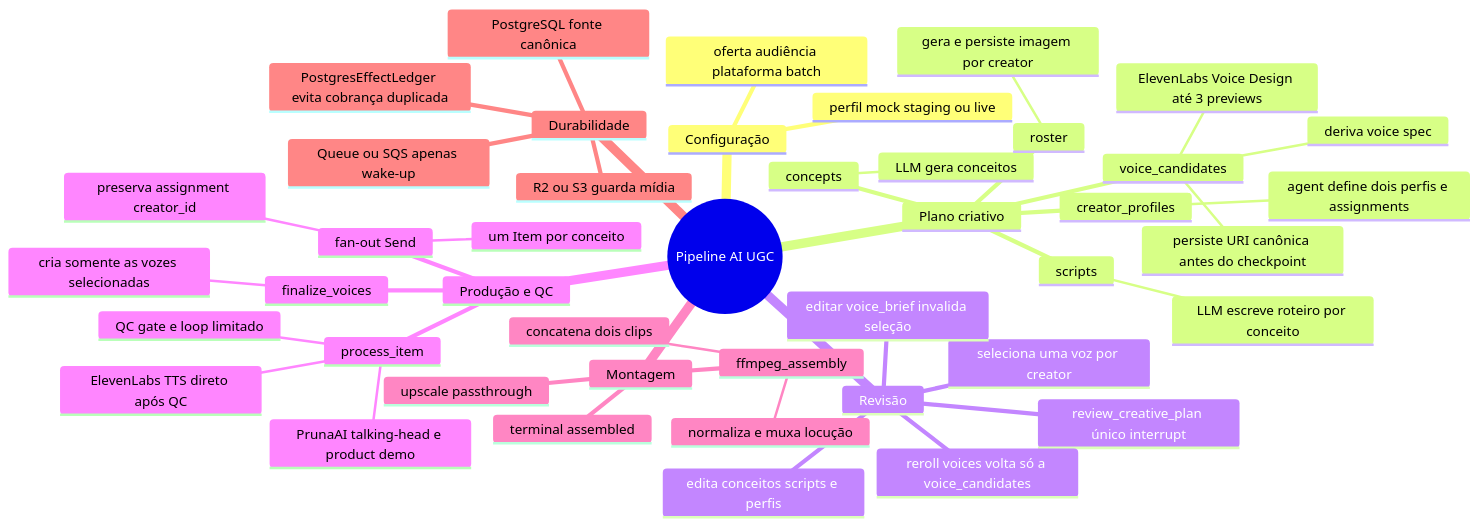
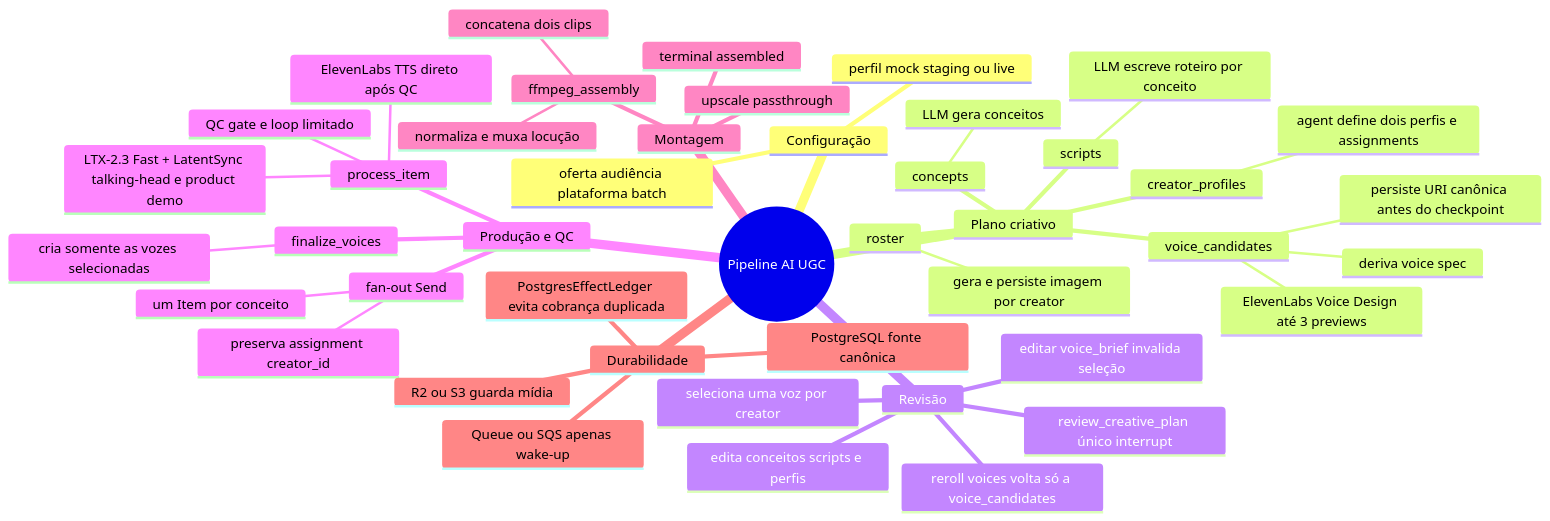
The first of 3 diagrams in docs/FLOW_MINDMAP.md (Lazaroenrico/video-orchestration-ai), drawn with Mermaid before and after one commit. The commit also changed other lines of this file, not shown here.

Commit message:
docs(mindmap): alinhar provedor de vídeo com LTX-2.3 Fast e LatentSync (#17)

````diff
--- a/docs/FLOW_MINDMAP.md
+++ b/docs/FLOW_MINDMAP.md
@@ -8,47 +8,47 @@
 ```mermaid
 mindmap
   root((Pipeline AI UGC))
     Configuração
       oferta audiência plataforma batch
       perfil mock staging ou live
     Plano criativo
       concepts
         LLM gera conceitos
       scripts
         LLM escreve roteiro por conceito
       creator_profiles
         agent define dois perfis e assignments
       roster
         gera e persiste imagem por creator
       voice_candidates
         deriva voice spec
         ElevenLabs Voice Design até 3 previews
         persiste URI canônica antes do checkpoint
     Revisão
       review_creative_plan único interrupt
       edita conceitos scripts e perfis
       seleciona uma voz por creator
       reroll voices volta só a voice_candidates
       editar voice_brief invalida seleção
     Produção e QC
       finalize_voices
         cria somente as vozes selecionadas
       fan-out Send
         um Item por conceito
         preserva assignment creator_id
       process_item
-        PrunaAI talking-head e product demo
+        LTX-2.3 Fast + LatentSync talking-head e product demo
         QC gate e loop limitado
         ElevenLabs TTS direto após QC
     Montagem
       ffmpeg_assembly
         concatena dois clips
         normaliza e muxa locução
       upscale passthrough
       terminal assembled
     Durabilidade
       PostgreSQL fonte canônica
       R2 ou S3 guarda mídia
       PostgresEffectLedger evita cobrança duplicada
       Queue ou SQS apenas wake-up
 ```
````
